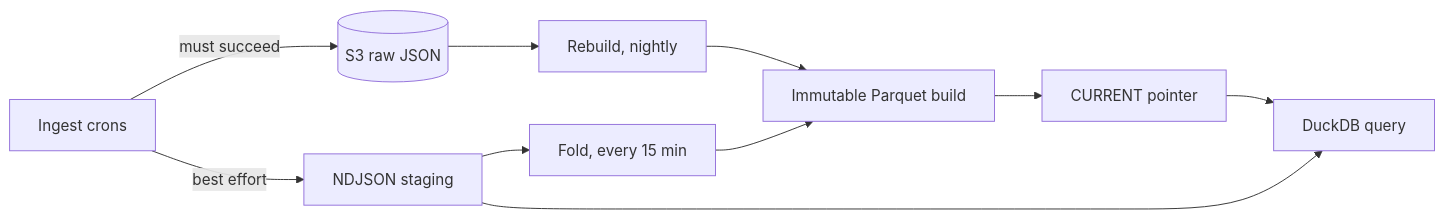
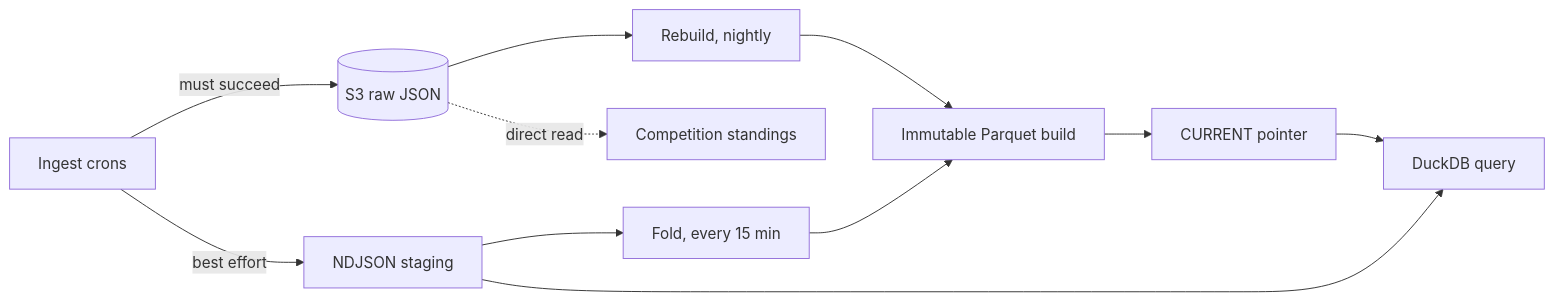
Before and after one commit to shepherdjerred/monorepo: the first of 4 diagrams in packages/docs/wiki/src/content/docs/explanation/scout-report-lake.md, drawn with Mermaid. The commit also changed other lines of this file, not shown here.

````diff
--- a/packages/docs/wiki/src/content/docs/explanation/scout-report-lake.md
+++ b/packages/docs/wiki/src/content/docs/explanation/scout-report-lake.md
@@ -17,15 +29,16 @@
 ```mermaid
 flowchart LR
   accTitle: Scout report lake read and write flow
-  accDescr: Ingest crons write raw JSON to S3, which must succeed, and NDJSON staging files, which are best effort. A fold compaction every fifteen minutes and a nightly rebuild from S3 both publish immutable Parquet builds behind a CURRENT pointer. Readers union the published Parquet with the staging files, so DuckDB queries see a match seconds after ingest.
+  accDescr: Ingest crons write raw JSON to S3, which must succeed, and NDJSON staging files, which are best effort. A fold compaction every fifteen minutes and a nightly rebuild from S3 both publish immutable Parquet builds behind a CURRENT pointer. Readers union the published Parquet with the staging files, so DuckDB queries see a match seconds after ingest. Competition standings bypass the lake and read raw match JSON and leaderboard snapshots from S3 directly.
 
   I[Ingest crons] -->|must succeed| S3[(S3 raw JSON)]
   I -->|best effort| ST[NDJSON staging]
   ST --> F[Fold, every 15 min]
   S3 --> R[Rebuild, nightly]
   F --> B[Immutable Parquet build]
   R --> B
   B --> C[CURRENT pointer]
   C --> D[DuckDB query]
   ST --> D
+  S3 -.->|direct read| CS[Competition standings]
 ```
````
